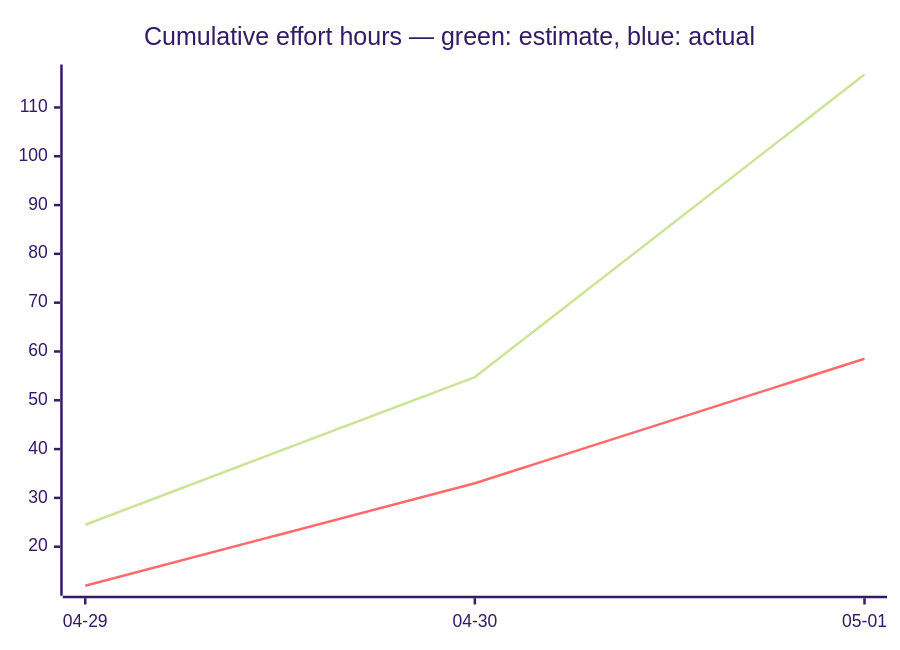
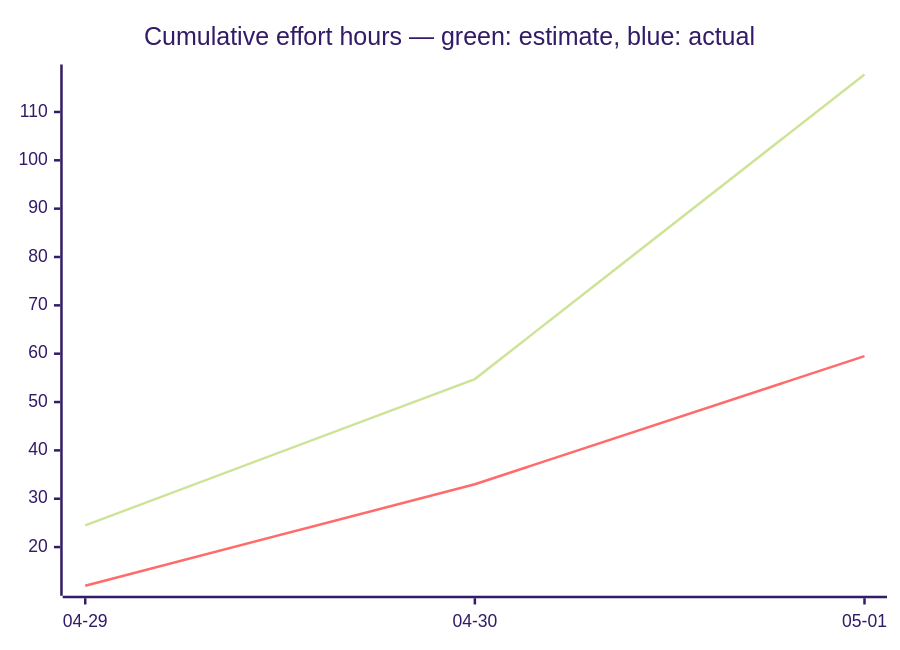
Before and after one commit to tgd1975/AwesomeStudioPedal: the third of 3 diagrams in docs/developers/tasks/OVERVIEW.md, drawn with Mermaid (forest theme). The commit also changed other lines of this file and 7 other files, not shown here.

````diff
--- a/docs/developers/tasks/OVERVIEW.md
+++ b/docs/developers/tasks/OVERVIEW.md
@@ -40,7 +40,7 @@
 ```mermaid
 xychart-beta
     title "Cumulative effort hours — green: estimate, blue: actual"
     x-axis ["04-29", "04-30", "05-01"]
-    line [24.5, 54.75, 116.75]
-    line [12, 33, 58.5]
+    line [24.5, 54.75, 117.75]
+    line [12, 33, 59.5]
 ```
````
